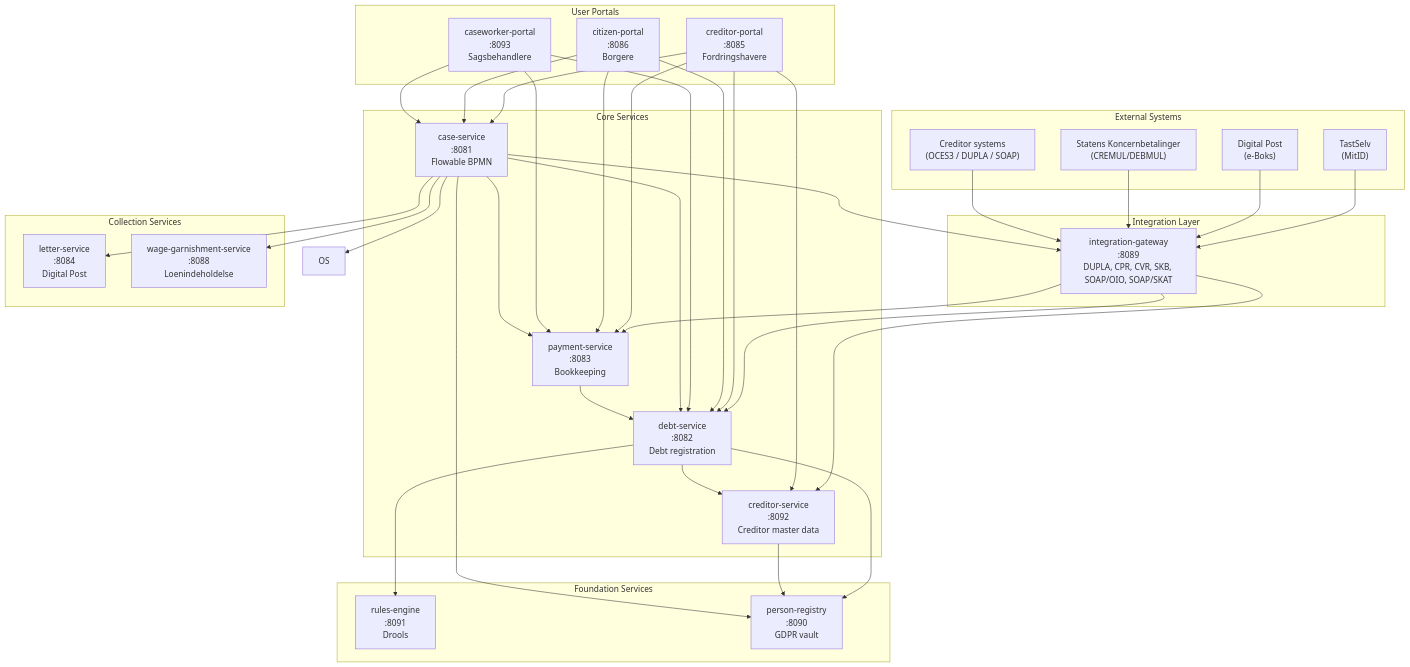
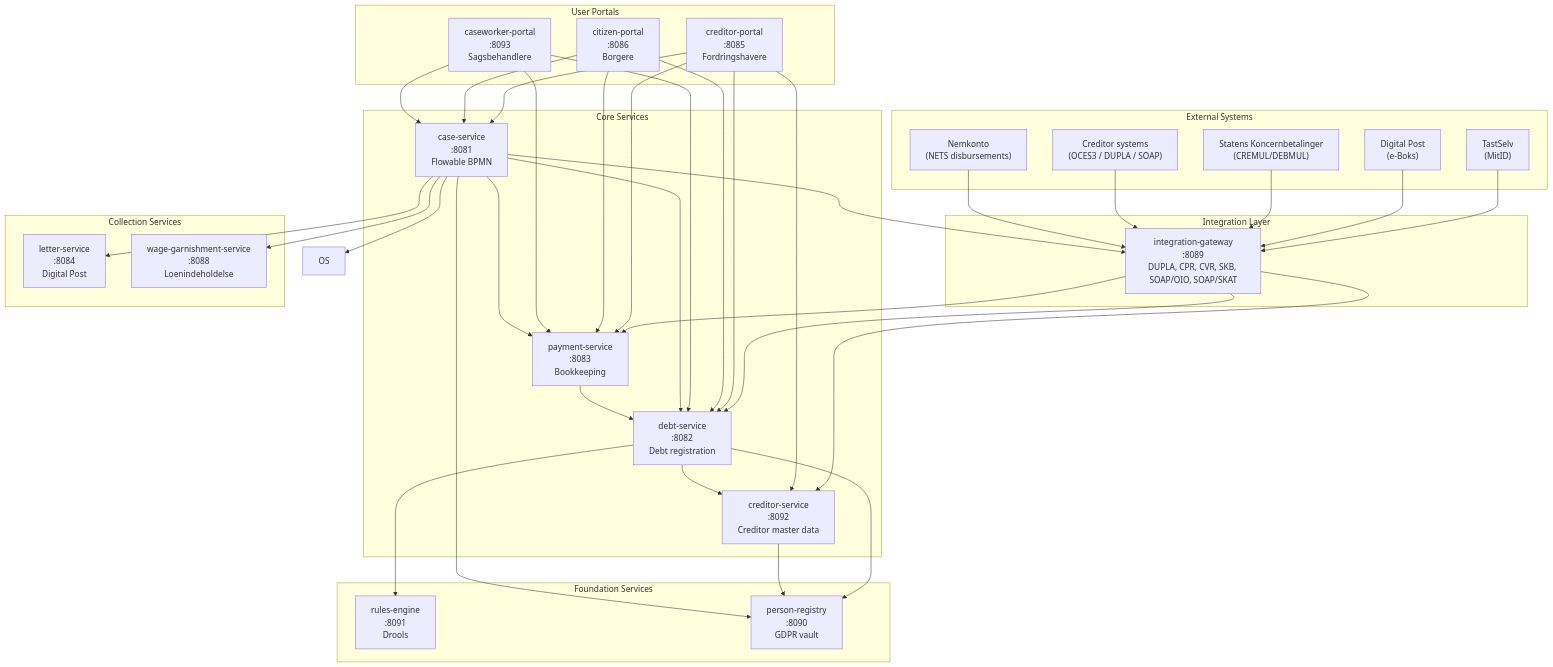
One commit to mfhens/opendebt changed the first of 8 diagrams in docs/architecture-overview.md. Above: the diagram before and after it, drawn with Mermaid. The commit also changed other lines of this file and 24 other files, not shown here.

````diff
--- a/docs/architecture-overview.md
+++ b/docs/architecture-overview.md
@@ -7,70 +7,72 @@
 ```mermaid
 graph TB
     subgraph External["External Systems"]
         TastSelv["TastSelv<br/>(MitID)"]
         DigitalPost["Digital Post<br/>(e-Boks)"]
         SKB["Statens Koncernbetalinger<br/>(CREMUL/DEBMUL)"]
         ES["Creditor systems<br/>(OCES3 / DUPLA / SOAP)"]
+        NK["Nemkonto<br/>(NETS disbursements)"]
     end
 
     subgraph Gateway["Integration Layer"]
         IG["integration-gateway<br/>:8089<br/>DUPLA, CPR, CVR, SKB, SOAP/OIO, SOAP/SKAT"]
     end
 
     subgraph Portals["User Portals"]
         CP["creditor-portal<br/>:8085<br/>Fordringshavere"]
         BP["citizen-portal<br/>:8086<br/>Borgere"]
         CW["caseworker-portal<br/>:8093<br/>Sagsbehandlere"]
     end
 
     subgraph Core["Core Services"]
         DS["debt-service<br/>:8082<br/>Debt registration"]
         CS["case-service<br/>:8081<br/>Flowable BPMN"]
         PS["payment-service<br/>:8083<br/>Bookkeeping"]
         CRS["creditor-service<br/>:8092<br/>Creditor master data"]
     end
 
     subgraph Collection["Collection Services"]
         LS["letter-service<br/>:8084<br/>Digital Post"]
         WG["wage-garnishment-service<br/>:8088<br/>Loenindeholdelse"]
     end
 
     subgraph Foundation["Foundation Services"]
         RE["rules-engine<br/>:8091<br/>Drools"]
         PR["person-registry<br/>:8090<br/>GDPR vault"]
     end
 
     TastSelv --> IG
     DigitalPost --> IG
     SKB --> IG
     ES --> IG
+    NK --> IG
 
     IG --> PS
     IG --> DS
     IG --> CRS
 
     CP --> DS
     CP --> CS
     CP --> CRS
     CP --> PS
     BP --> DS
     BP --> CS
     BP --> PS
     CW --> DS
     CW --> CS
     CW --> PS
 
     CS --> DS
     CS --> PS
     CS --> LS
     CS --> OS
     CS --> WG
     CS --> IG
 
     DS --> RE
     DS --> PR
     DS --> CRS
     CRS --> PR
     CS --> PR
     PS --> DS
 ```
````
